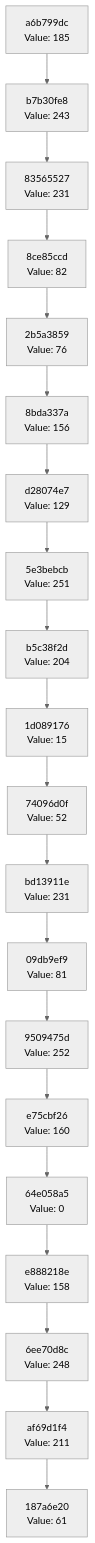
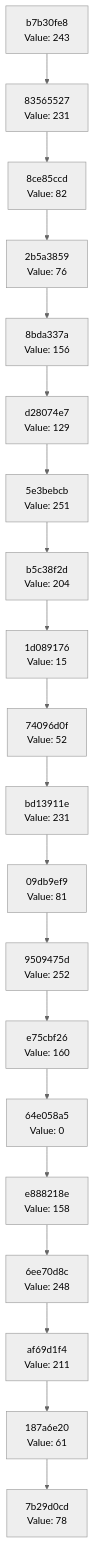
One commit to Abhisheksinha1506/hash-chain-evolver changed the diagram in docs/CHAIN_VISUALIZATION.md. Above: the diagram before and after it, drawn with Mermaid (neutral theme). The commit also changed 3 other files, not shown here.

````diff
--- a/docs/CHAIN_VISUALIZATION.md
+++ b/docs/CHAIN_VISUALIZATION.md
@@ -3,42 +3,42 @@
 ```mermaid
 graph TD
-    C0["187a6e20<br/>Value: 61"]
-    C1["af69d1f4<br/>Value: 211"]
+    C0["7b29d0cd<br/>Value: 78"]
+    C1["187a6e20<br/>Value: 61"]
     C1 --> C0
-    C2["6ee70d8c<br/>Value: 248"]
+    C2["af69d1f4<br/>Value: 211"]
     C2 --> C1
-    C3["e888218e<br/>Value: 158"]
+    C3["6ee70d8c<br/>Value: 248"]
     C3 --> C2
-    C4["64e058a5<br/>Value: 0"]
+    C4["e888218e<br/>Value: 158"]
     C4 --> C3
-    C5["e75cbf26<br/>Value: 160"]
+    C5["64e058a5<br/>Value: 0"]
     C5 --> C4
-    C6["9509475d<br/>Value: 252"]
+    C6["e75cbf26<br/>Value: 160"]
     C6 --> C5
-    C7["09db9ef9<br/>Value: 81"]
+    C7["9509475d<br/>Value: 252"]
     C7 --> C6
-    C8["bd13911e<br/>Value: 231"]
+    C8["09db9ef9<br/>Value: 81"]
     C8 --> C7
-    C9["74096d0f<br/>Value: 52"]
+    C9["bd13911e<br/>Value: 231"]
     C9 --> C8
-    C10["1d089176<br/>Value: 15"]
+    C10["74096d0f<br/>Value: 52"]
     C10 --> C9
-    C11["b5c38f2d<br/>Value: 204"]
+    C11["1d089176<br/>Value: 15"]
     C11 --> C10
-    C12["5e3bebcb<br/>Value: 251"]
+    C12["b5c38f2d<br/>Value: 204"]
     C12 --> C11
-    C13["d28074e7<br/>Value: 129"]
+    C13["5e3bebcb<br/>Value: 251"]
     C13 --> C12
-    C14["8bda337a<br/>Value: 156"]
+    C14["d28074e7<br/>Value: 129"]
     C14 --> C13
-    C15["2b5a3859<br/>Value: 76"]
+    C15["8bda337a<br/>Value: 156"]
     C15 --> C14
-    C16["8ce85ccd<br/>Value: 82"]
+    C16["2b5a3859<br/>Value: 76"]
     C16 --> C15
-    C17["83565527<br/>Value: 231"]
+    C17["8ce85ccd<br/>Value: 82"]
     C17 --> C16
-    C18["b7b30fe8<br/>Value: 243"]
+    C18["83565527<br/>Value: 231"]
     C18 --> C17
-    C19["a6b799dc<br/>Value: 185"]
+    C19["b7b30fe8<br/>Value: 243"]
     C19 --> C18
 ```
````
